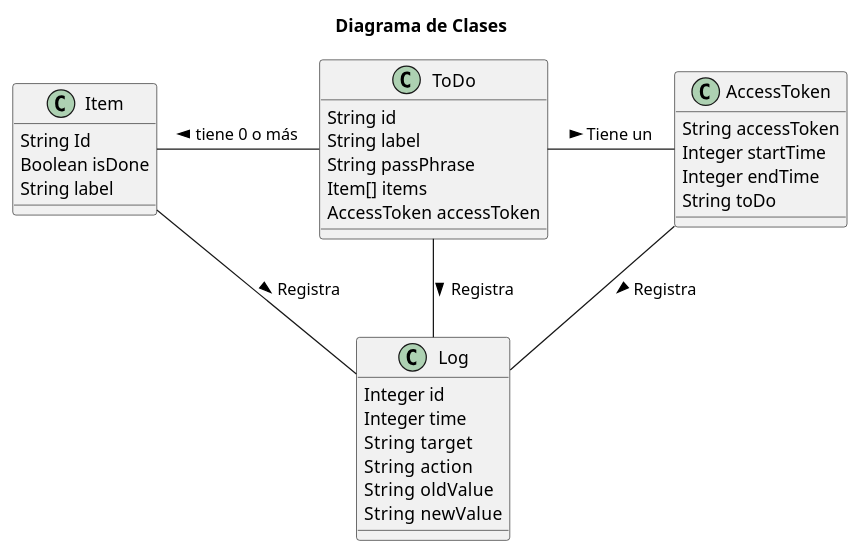
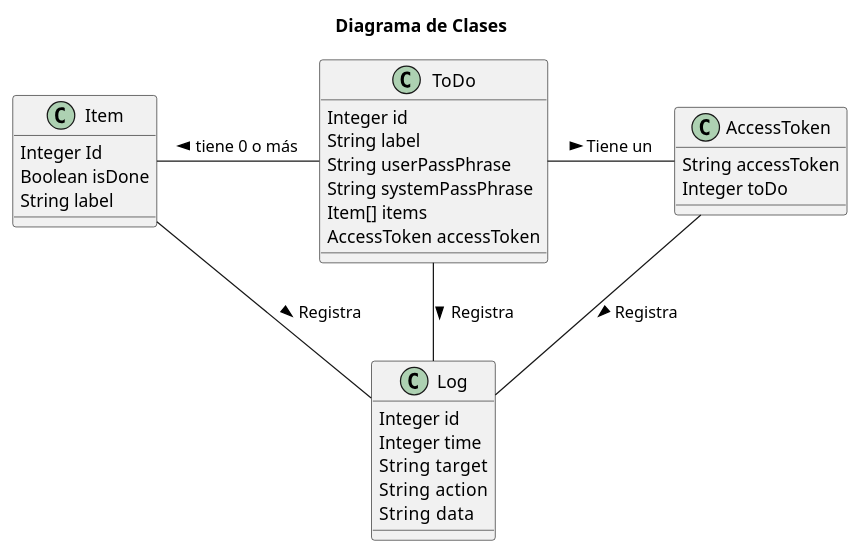
Before and after one commit to tirsomartinezreyes/UnirSecretToDo: the third of 4 diagrams in Docs/Models.wsd, drawn with PlantUML. The commit also changed 20 other files, not shown here.

```diff
--- a/Docs/Models.wsd
+++ b/Docs/Models.wsd
@@ -56,24 +56,25 @@
 title Diagrama de Clases
 
 class ToDo{
-    String id
+    Integer id
     String label
-    String passPhrase
+    String userPassPhrase
+    String systemPassPhrase
     Item[] items
     AccessToken accessToken
 }
 
 class Item{
-    String Id
+    Integer Id
     Boolean isDone
     String label
 }
 
 class AccessToken{    
     String accessToken
-    Integer startTime
-    Integer endTime
-    String toDo
+    'Integer startTime
+    'Integer endTime
+    Integer toDo
 }
 
 class Log{
@@ -81,8 +82,7 @@
     Integer time
     String  target
     String  action
-    String  oldValue
-    String  newValue
+    String  data
 }
 
 
```
